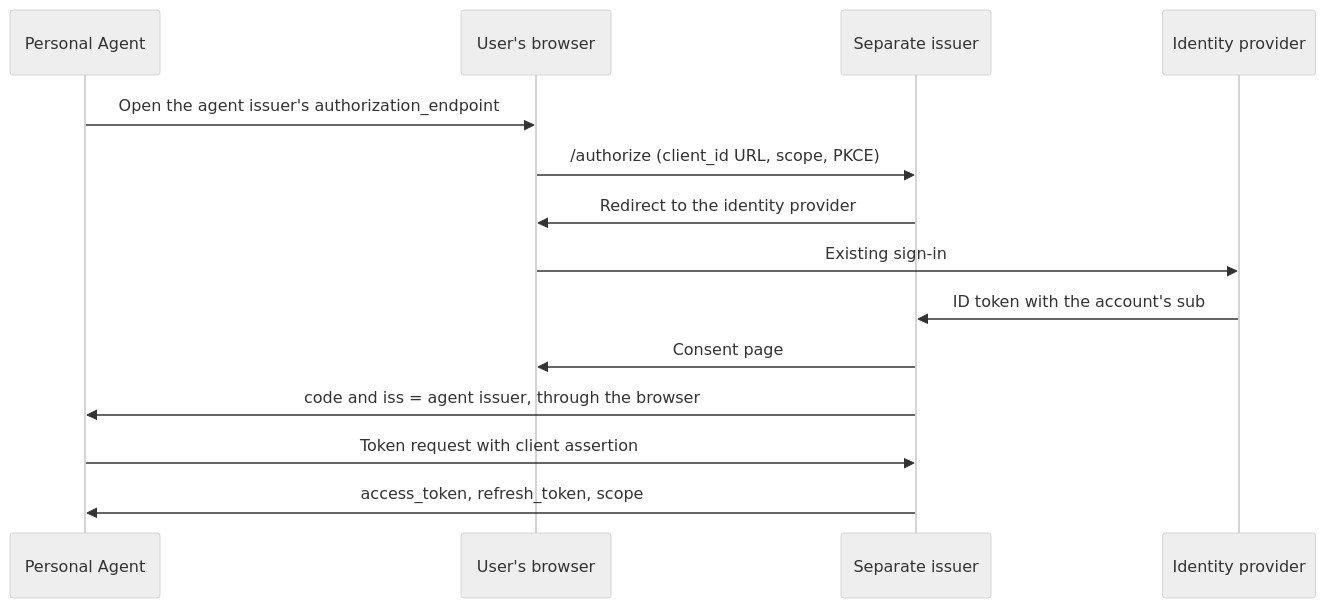
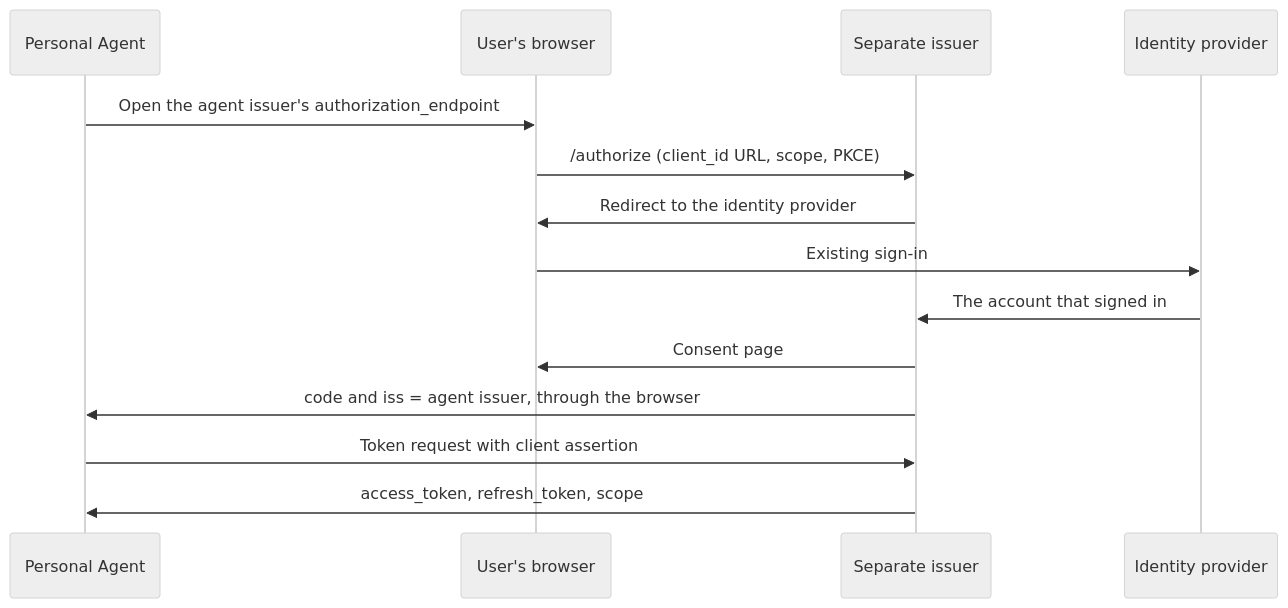
The fourth of 7 diagrams in kit/company/patterns/identity-provider.md (gaokevin1/personal-agent-protocol), drawn with Mermaid (neutral theme) before and after one commit. The commit also changed other lines of this file and 1 other file, not shown here.

````diff
--- a/kit/company/patterns/identity-provider.md
+++ b/kit/company/patterns/identity-provider.md
@@ -106,16 +107,16 @@
 ```mermaid
 sequenceDiagram
   participant PA as Personal Agent
   participant B as User's browser
   participant AS as Separate issuer
   participant IdP as Identity provider
   PA->>B: Open the agent issuer's authorization_endpoint
   B->>AS: /authorize (client_id URL, scope, PKCE)
   AS->>B: Redirect to the identity provider
   B->>IdP: Existing sign-in
-  IdP->>AS: ID token with the account's sub
+  IdP->>AS: The account that signed in
   AS->>B: Consent page
   AS->>PA: code and iss = agent issuer, through the browser
   PA->>AS: Token request with client assertion
   AS->>PA: access_token, refresh_token, scope
 ```
````
